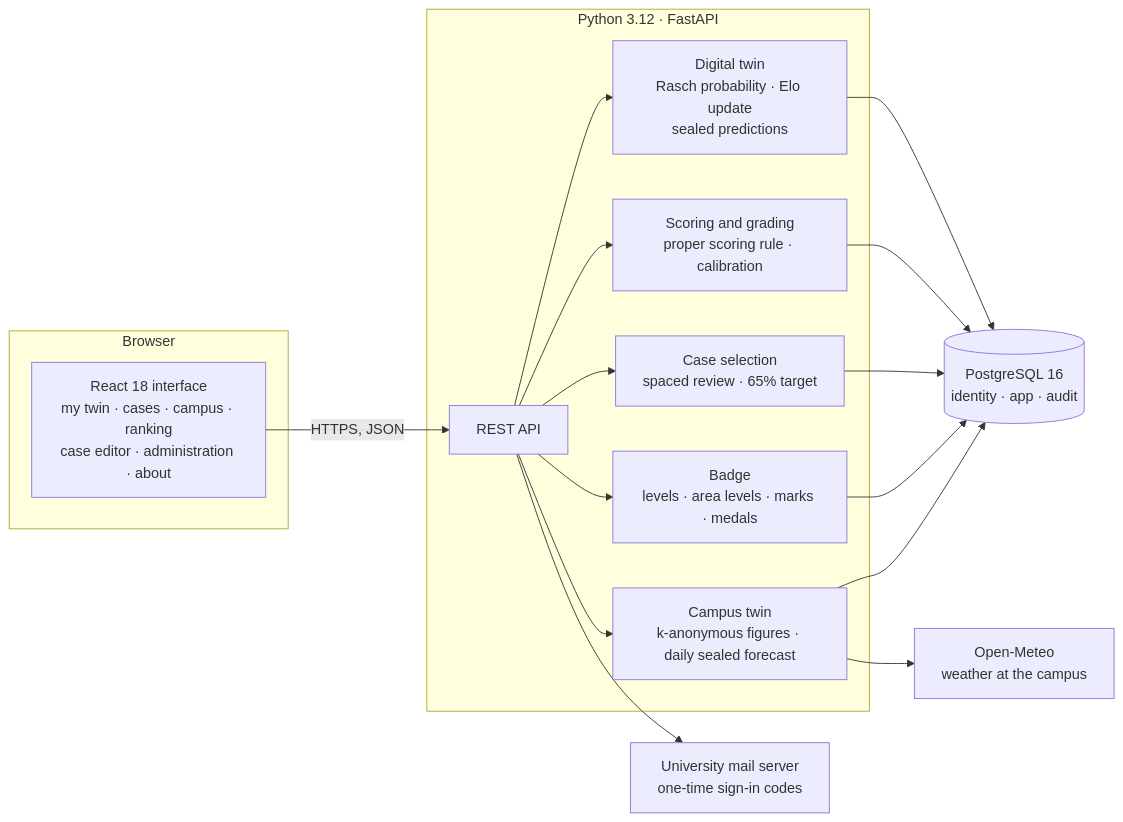
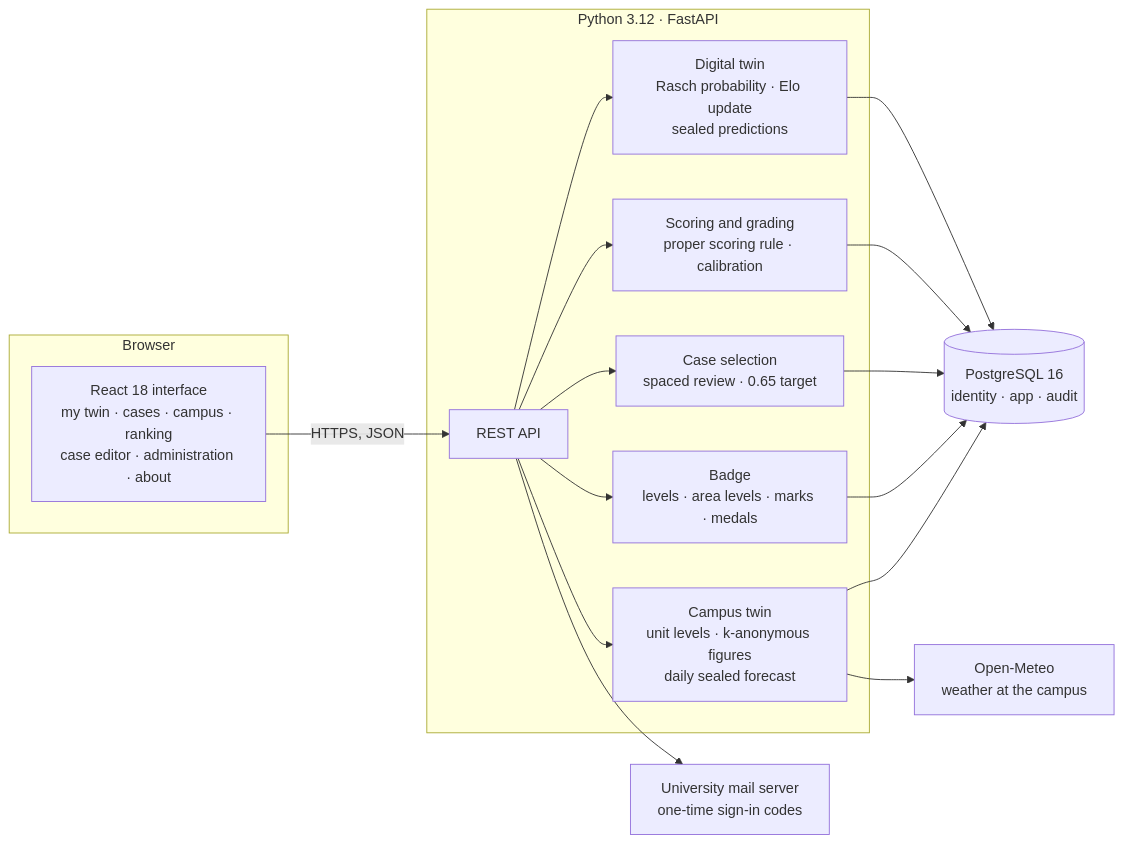
One commit to utkukose/AI-Literacy-Digital-Twin changed the first of 2 diagrams in README.md. Above: the diagram before and after it, drawn with Mermaid. The commit also changed other lines of this file and 13 other files, not shown here.

````diff
--- a/README.md
+++ b/README.md
@@ -142,30 +142,30 @@
 ```mermaid
 flowchart LR
     subgraph B["Browser"]
         UI["React 18 interface<br/>my twin · cases · campus · ranking<br/>case editor · administration · about"]
     end
     subgraph S["Python 3.12 · FastAPI"]
         API["REST API"]
         TWIN["Digital twin<br/>Rasch probability · Elo update<br/>sealed predictions"]
         SCORE["Scoring and grading<br/>proper scoring rule · calibration"]
-        NEXT["Case selection<br/>spaced review · 65% target"]
+        NEXT["Case selection<br/>spaced review · 0.65 target"]
         BADGE["Badge<br/>levels · area levels · marks · medals"]
-        CAMPUS["Campus twin<br/>k-anonymous figures · daily sealed forecast"]
+        CAMPUS["Campus twin<br/>unit levels · k-anonymous figures<br/>daily sealed forecast"]
     end
     DB[("PostgreSQL 16<br/>identity · app · audit")]
     MAIL["University mail server<br/>one-time sign-in codes"]
     WX["Open-Meteo<br/>weather at the campus"]
     UI -->|"HTTPS, JSON"| API
     API --> TWIN
     API --> SCORE
     API --> NEXT
     API --> BADGE
     API --> CAMPUS
     TWIN --> DB
     SCORE --> DB
     NEXT --> DB
     BADGE --> DB
     CAMPUS --> DB
     API --> MAIL
     CAMPUS --> WX
 ```
````
